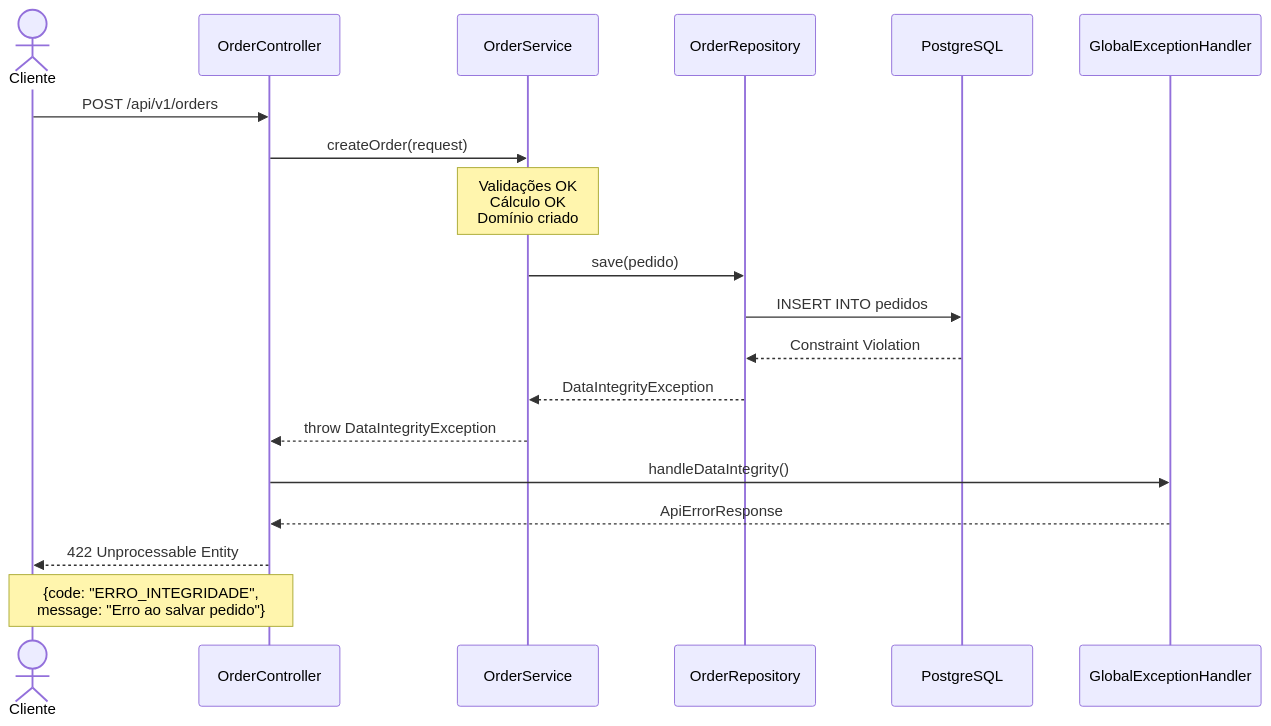
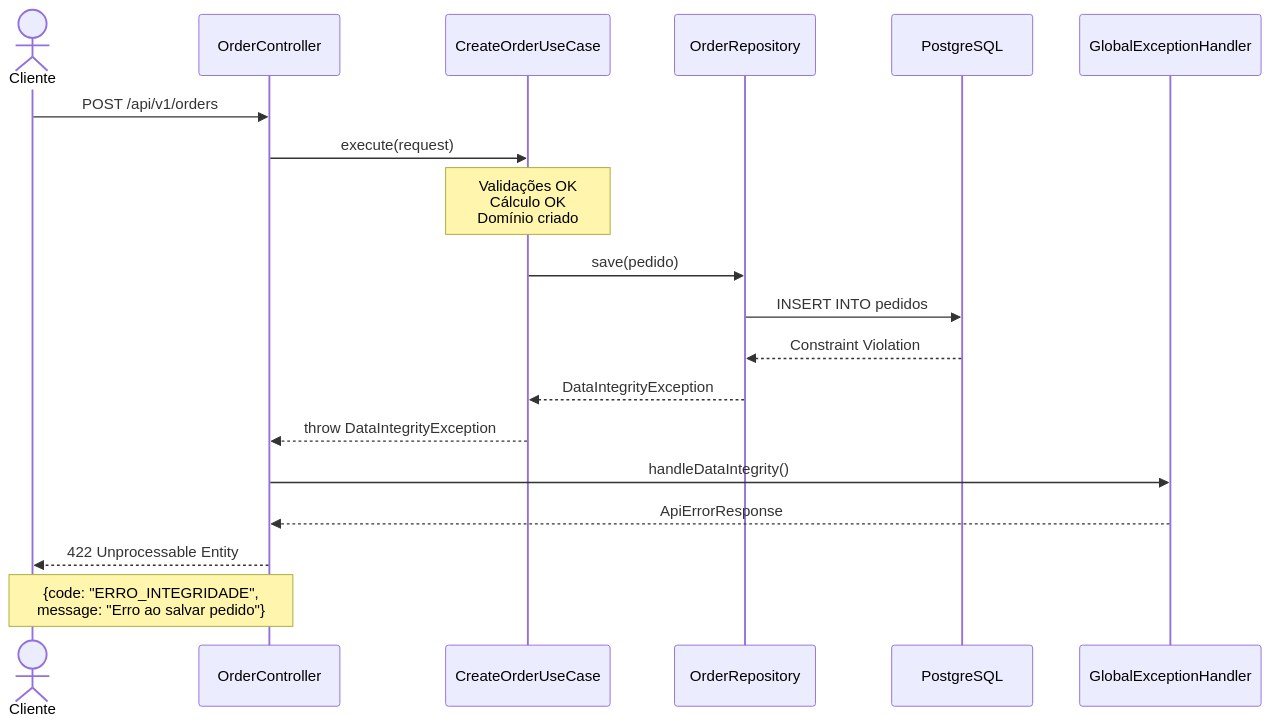
One commit to leandro-yamaniha/spring-boot-4-poc changed the fourth of 4 diagrams in historias/fase1/HIST-001-criacao-pedido-fluxo.md. Above: the diagram before and after it, drawn with Mermaid. The commit also changed other lines of this file and 1 other file, not shown here.

First line of the commit message:
refactor(HIST-001): migrar de Service Layer para Use Cases

````diff
--- a/historias/fase1/HIST-001-criacao-pedido-fluxo.md
+++ b/historias/fase1/HIST-001-criacao-pedido-fluxo.md
@@ -99,22 +99,22 @@
 ```mermaid
 sequenceDiagram
     actor Cliente
     participant API as OrderController
-    participant Service as OrderService
+    participant UseCase as CreateOrderUseCase
     participant Repo as OrderRepository
     participant DB as PostgreSQL
     participant Handler as GlobalExceptionHandler
 
     Cliente->>API: POST /api/v1/orders
-    API->>Service: createOrder(request)
-    Note over Service: Validações OK<br/>Cálculo OK<br/>Domínio criado
-    Service->>Repo: save(pedido)
+    API->>UseCase: execute(request)
+    Note over UseCase: Validações OK<br/>Cálculo OK<br/>Domínio criado
+    UseCase->>Repo: save(pedido)
     Repo->>DB: INSERT INTO pedidos
     DB-->>Repo: Constraint Violation
-    Repo-->>Service: DataIntegrityException
-    Service-->>API: throw DataIntegrityException
+    Repo-->>UseCase: DataIntegrityException
+    UseCase-->>API: throw DataIntegrityException
     API->>Handler: handleDataIntegrity()
     Handler-->>API: ApiErrorResponse
     API-->>Cliente: 422 Unprocessable Entity
     Note over Cliente,API: {code: "ERRO_INTEGRIDADE",<br/>message: "Erro ao salvar pedido"}
 ```
````
